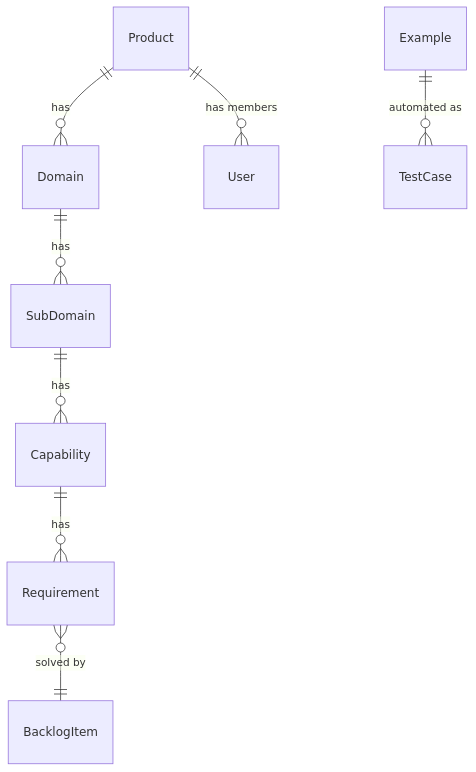
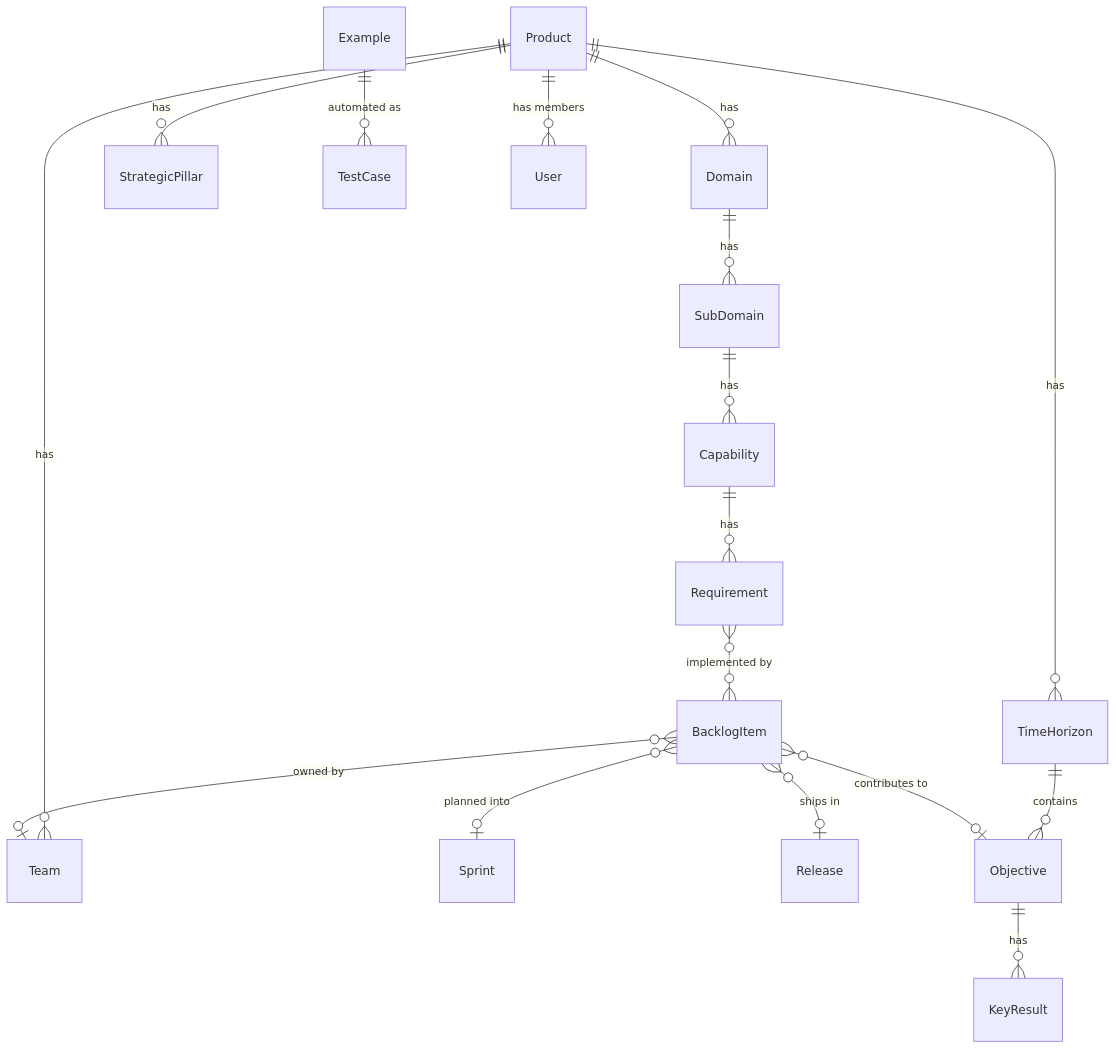
One commit to SmidigStorm/skald-python changed the diagram in docs/domains/_overview.md. Above: the diagram before and after it, drawn with Mermaid. The commit also changed other lines of this file and 11 other files, not shown here.

````diff
--- a/docs/domains/_overview.md
+++ b/docs/domains/_overview.md
@@ -19,10 +20,19 @@
 ```mermaid
 erDiagram
     Product ||--o{ Domain : "has"
     Domain ||--o{ SubDomain : "has"
     SubDomain ||--o{ Capability : "has"
     Capability ||--o{ Requirement : "has"
-    Requirement }o--|| BacklogItem : "solved by"
+    Requirement }o--o{ BacklogItem : "implemented by"
+    BacklogItem }o--o| Team : "owned by"
+    BacklogItem }o--o| Sprint : "planned into"
+    BacklogItem }o--o| Release : "ships in"
+    BacklogItem }o--o| Objective : "contributes to"
+    Product ||--o{ StrategicPillar : "has"
+    Product ||--o{ TimeHorizon : "has"
+    TimeHorizon ||--o{ Objective : "contains"
+    Objective ||--o{ KeyResult : "has"
     Example ||--o{ TestCase : "automated as"
     Product ||--o{ User : "has members"
+    Product ||--o{ Team : "has"
 ```
````
